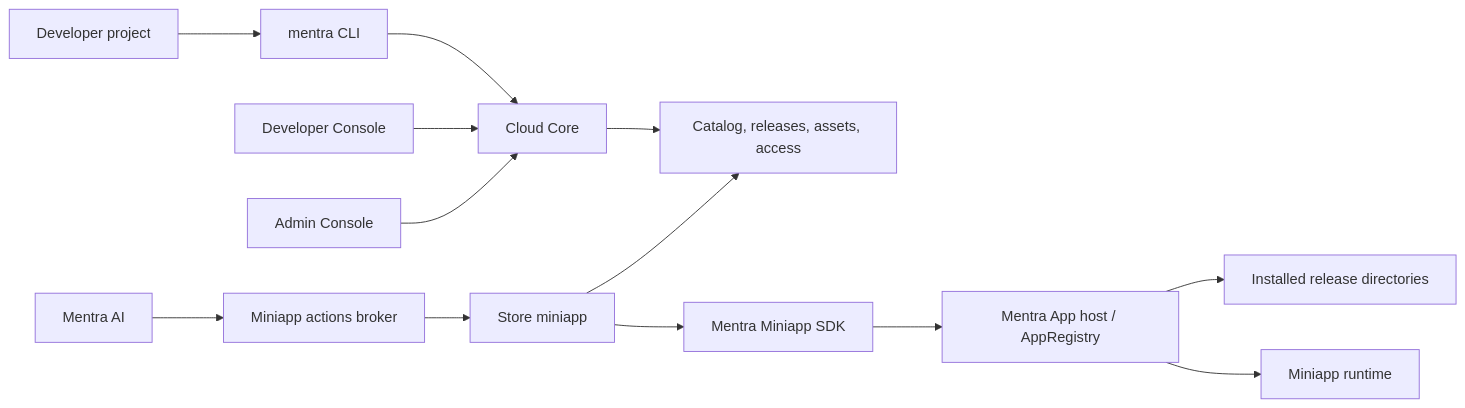
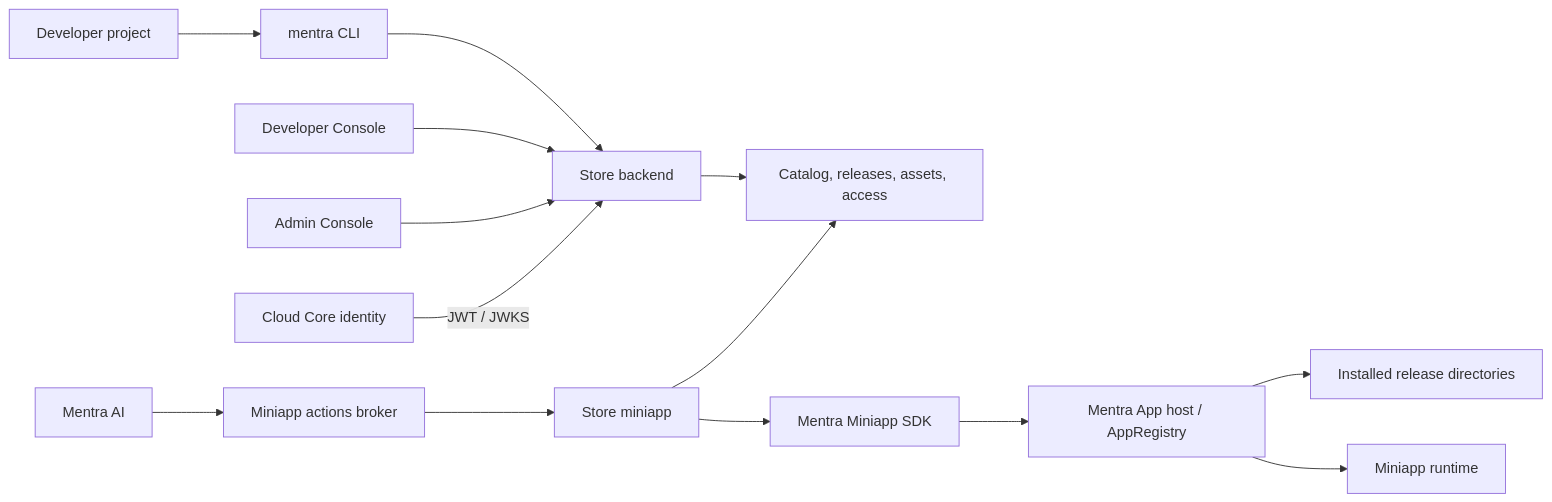
One commit to Mentra-Community/MentraOS changed the diagram in notes/superpowers/specs/2026-08-26-mentra-miniapp-store-restoration-design.md. Above: the diagram before and after it, drawn with Mermaid. The commit also changed other lines of this file and 164 other files, not shown here.

Commit message:
Extract Miniapp Store backend from Cloud Core

````diff
--- a/notes/superpowers/specs/2026-08-26-mentra-miniapp-store-restoration-design.md
+++ b/notes/superpowers/specs/2026-08-26-mentra-miniapp-store-restoration-design.md
@@ -59,15 +61,16 @@
 ```mermaid
 flowchart LR
   Developer[Developer project] --> CLI[mentra CLI]
-  CLI --> Core[Cloud Core]
-  Console[Developer Console] --> Core
-  Admin[Admin Console] --> Core
-  Core --> Catalog[Catalog, releases, assets, access]
+  CLI --> StoreBackend[Store backend]
+  Console[Developer Console] --> StoreBackend
+  Admin[Admin Console] --> StoreBackend
+  Core[Cloud Core identity] -->|JWT / JWKS| StoreBackend
+  StoreBackend --> Catalog[Catalog, releases, assets, access]
   Store[Store miniapp] --> Catalog
   Store --> SDK[Mentra Miniapp SDK]
   AI[Mentra AI] --> Actions[Miniapp actions broker]
   Actions --> Store
   SDK --> Host[Mentra App host / AppRegistry]
   Host --> Bundles[Installed release directories]
   Host --> Runtime[Miniapp runtime]
 ```
````
